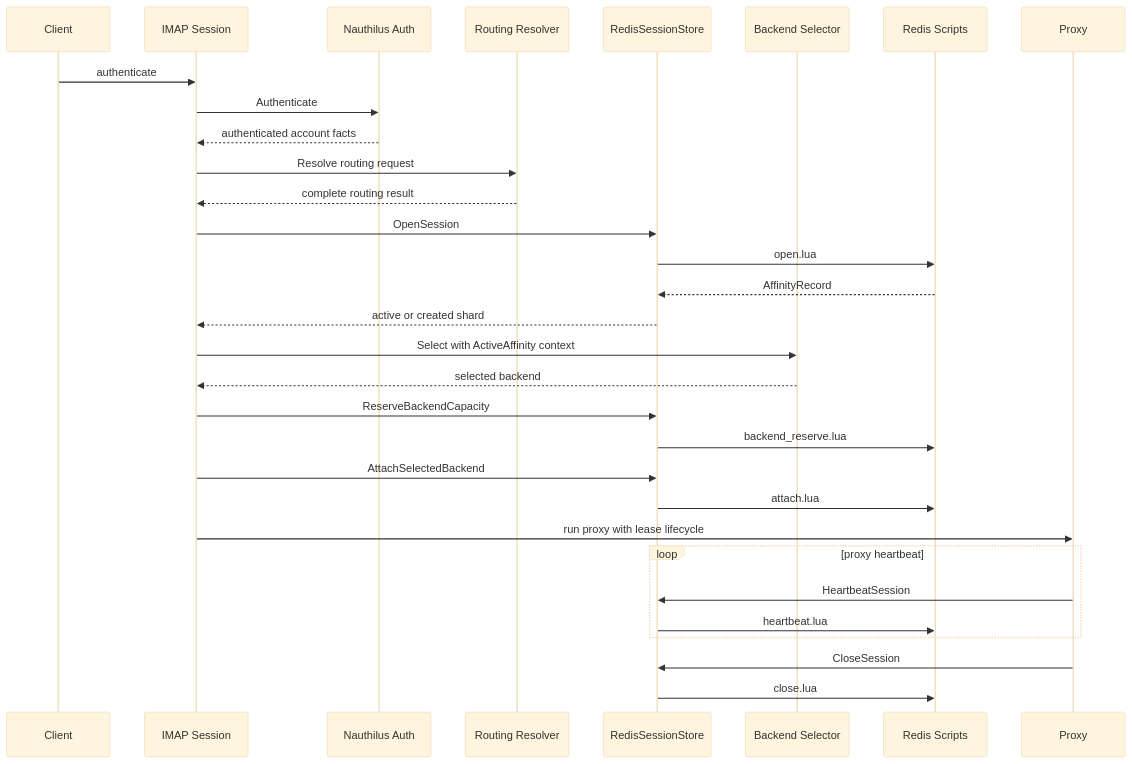
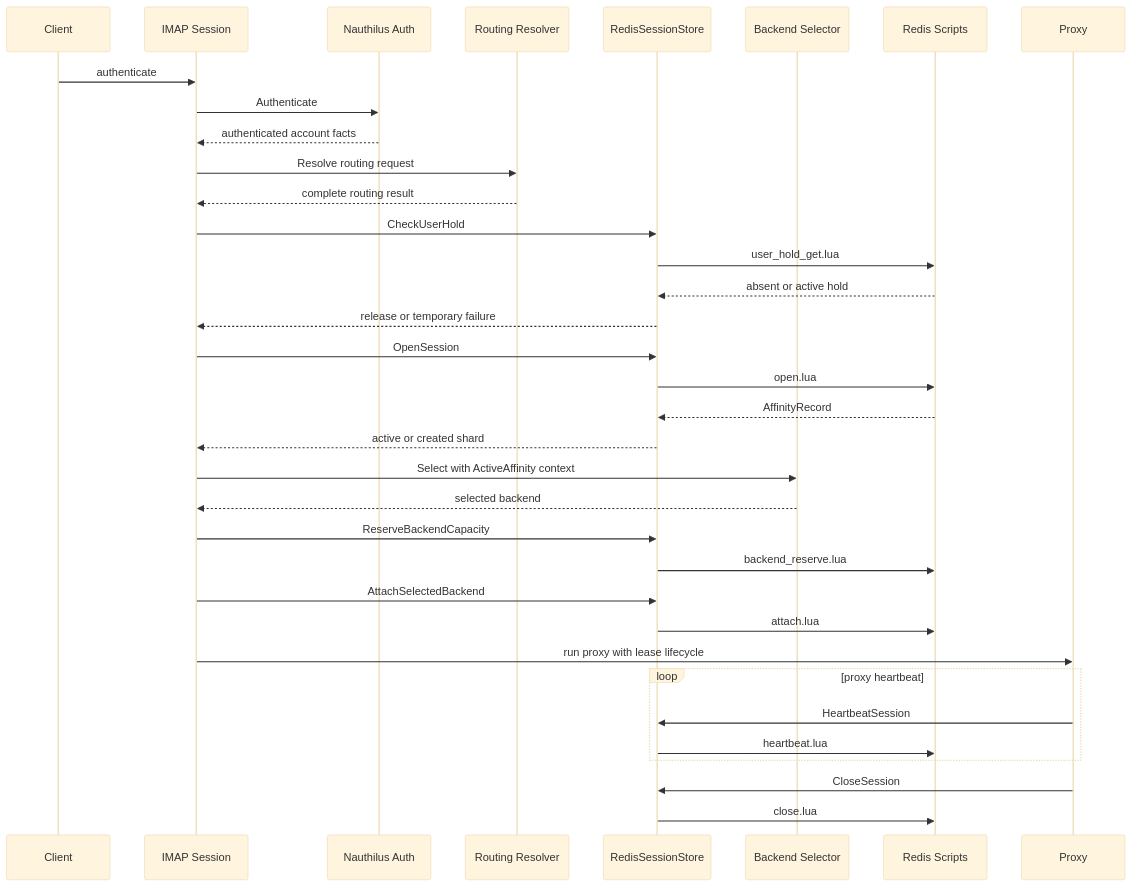
Before and after one commit to croessner/nauthilus-director: the third of 7 diagrams in docs/developer/AFFINITY_SESSION_HANDLING.md, drawn with Mermaid (base theme). The commit also changed other lines of this file and 9 other files, not shown here.

````diff
--- a/docs/developer/AFFINITY_SESSION_HANDLING.md
+++ b/docs/developer/AFFINITY_SESSION_HANDLING.md
@@ -202,34 +207,38 @@
 ```mermaid
 sequenceDiagram
     participant Client
     participant IMAP as IMAP Session
     participant Auth as Nauthilus Auth
     participant Routing as Routing Resolver
     participant Store as RedisSessionStore
     participant Selector as Backend Selector
     participant Redis as Redis Scripts
     participant Proxy
 
     Client->>IMAP: authenticate
     IMAP->>Auth: Authenticate
     Auth-->>IMAP: authenticated account facts
     IMAP->>Routing: Resolve routing request
     Routing-->>IMAP: complete routing result
+    IMAP->>Store: CheckUserHold
+    Store->>Redis: user_hold_get.lua
+    Redis-->>Store: absent or active hold
+    Store-->>IMAP: release or temporary failure
     IMAP->>Store: OpenSession
     Store->>Redis: open.lua
     Redis-->>Store: AffinityRecord
     Store-->>IMAP: active or created shard
     IMAP->>Selector: Select with ActiveAffinity context
     Selector-->>IMAP: selected backend
     IMAP->>Store: ReserveBackendCapacity
     Store->>Redis: backend_reserve.lua
     IMAP->>Store: AttachSelectedBackend
     Store->>Redis: attach.lua
     IMAP->>Proxy: run proxy with lease lifecycle
     loop proxy heartbeat
         Proxy->>Store: HeartbeatSession
         Store->>Redis: heartbeat.lua
     end
     Proxy->>Store: CloseSession
     Store->>Redis: close.lua
 ```
````
